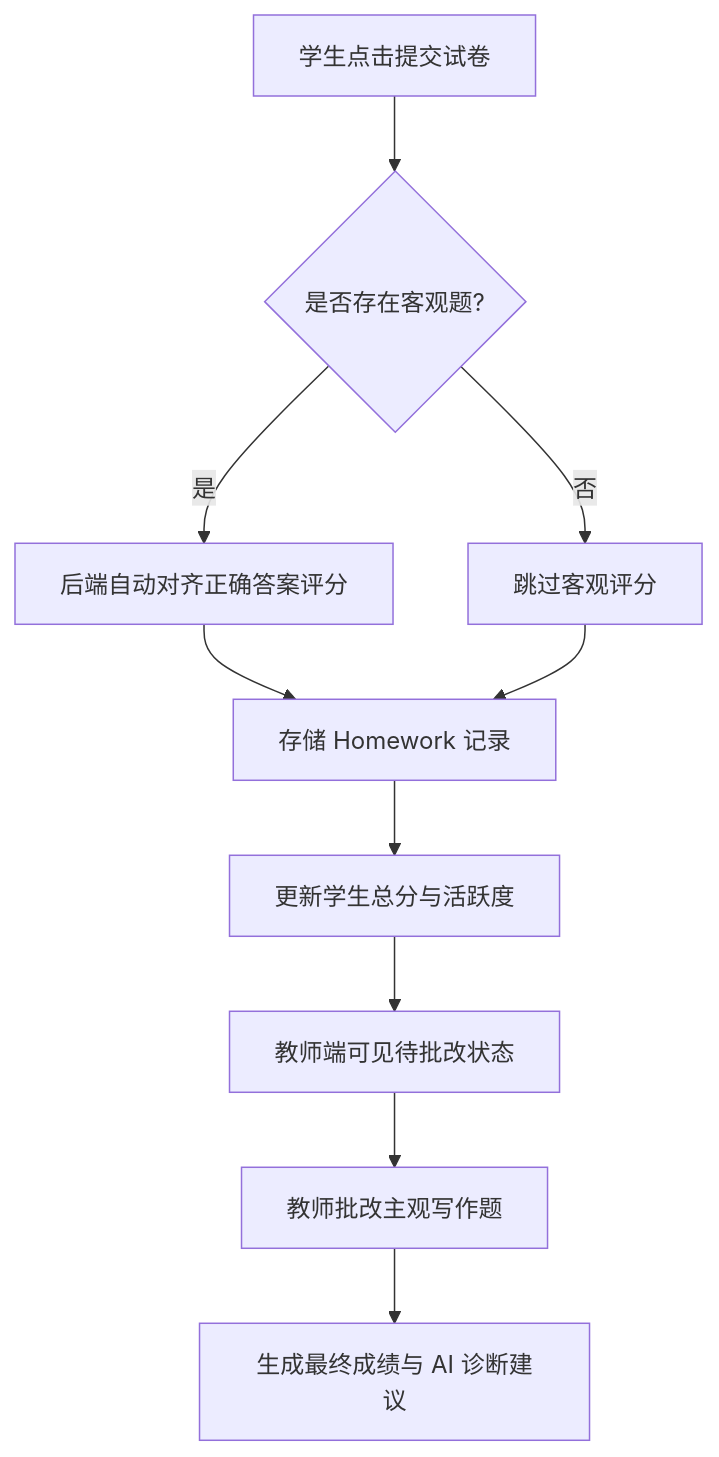
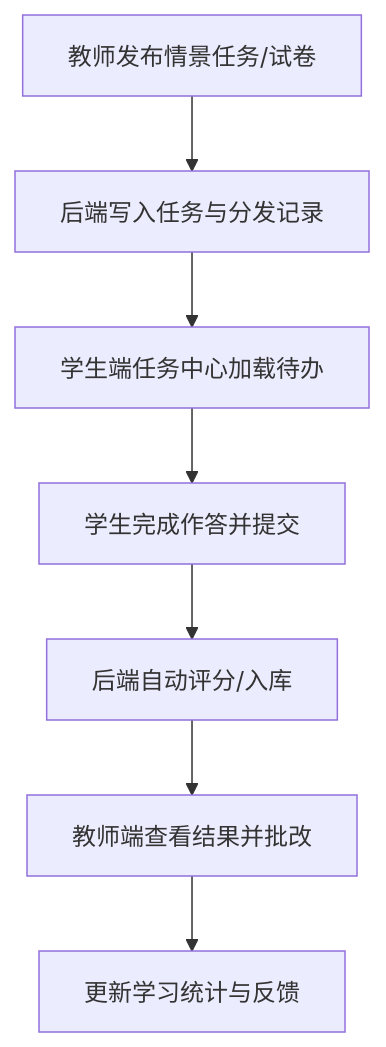
Before and after one commit to WuAnTheShy/SITP-German-AI-Agent: the third of 7 diagrams in doc/Technical/系统流程与架构.md, drawn with Mermaid. The commit also changed other lines of this file and 9 other files, not shown here.

````diff
--- a/doc/Technical/系统流程与架构.md
+++ b/doc/Technical/系统流程与架构.md
@@ -33,12 +64,9 @@
 ```mermaid
 flowchart TD
-    A[学生点击提交试卷] --> B{是否存在客观题?}
-    B -- 是 --> C[后端自动对齐正确答案评分]
-    B -- 否 --> D[跳过客观评分]
-    C --> E[存储 Homework 记录]
-    D --> E
-    E --> F[更新学生总分与活跃度]
-    F --> G[教师端可见待批改状态]
-    G --> H[教师批改主观写作题]
-    H --> I[生成最终成绩与 AI 诊断建议]
+    A[教师发布情景任务/试卷] --> B[后端写入任务与分发记录]
+    B --> C[学生端任务中心加载待办]
+    C --> D[学生完成作答并提交]
+    D --> E[后端自动评分/入库]
+    E --> F[教师端查看结果并批改]
+    F --> G[更新学习统计与反馈]
 ```
````
